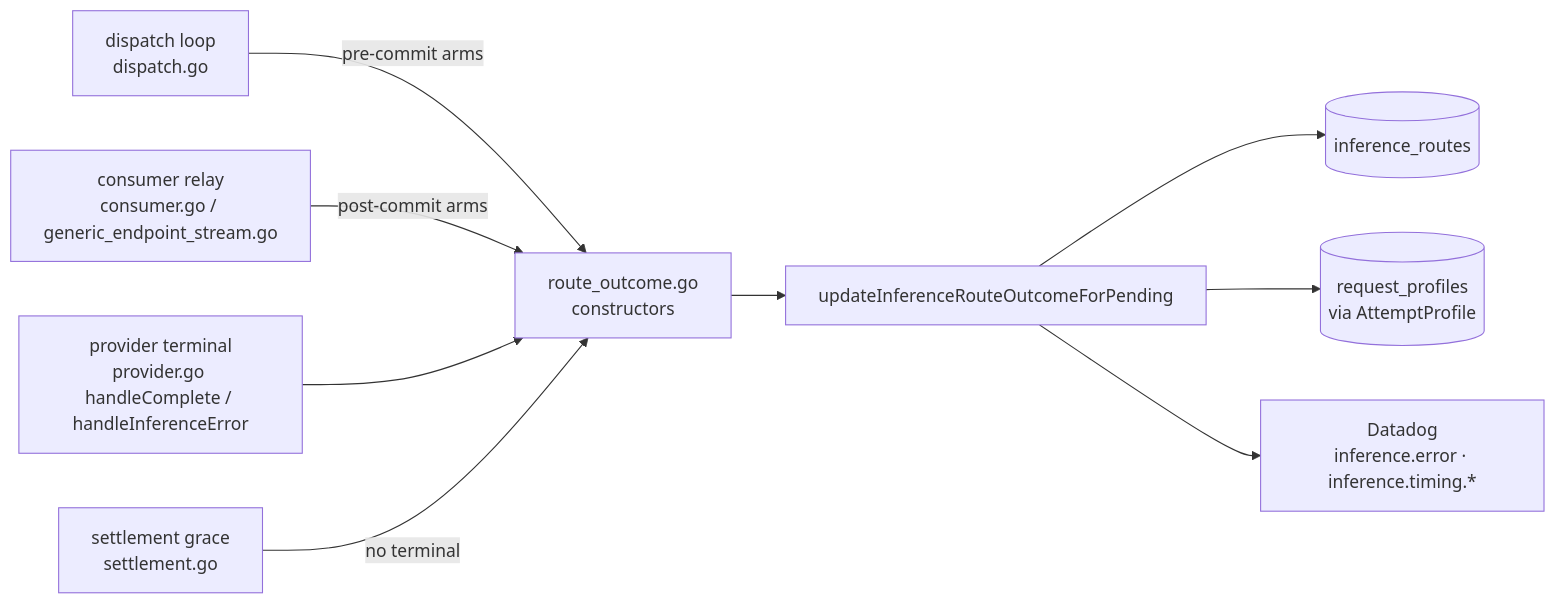
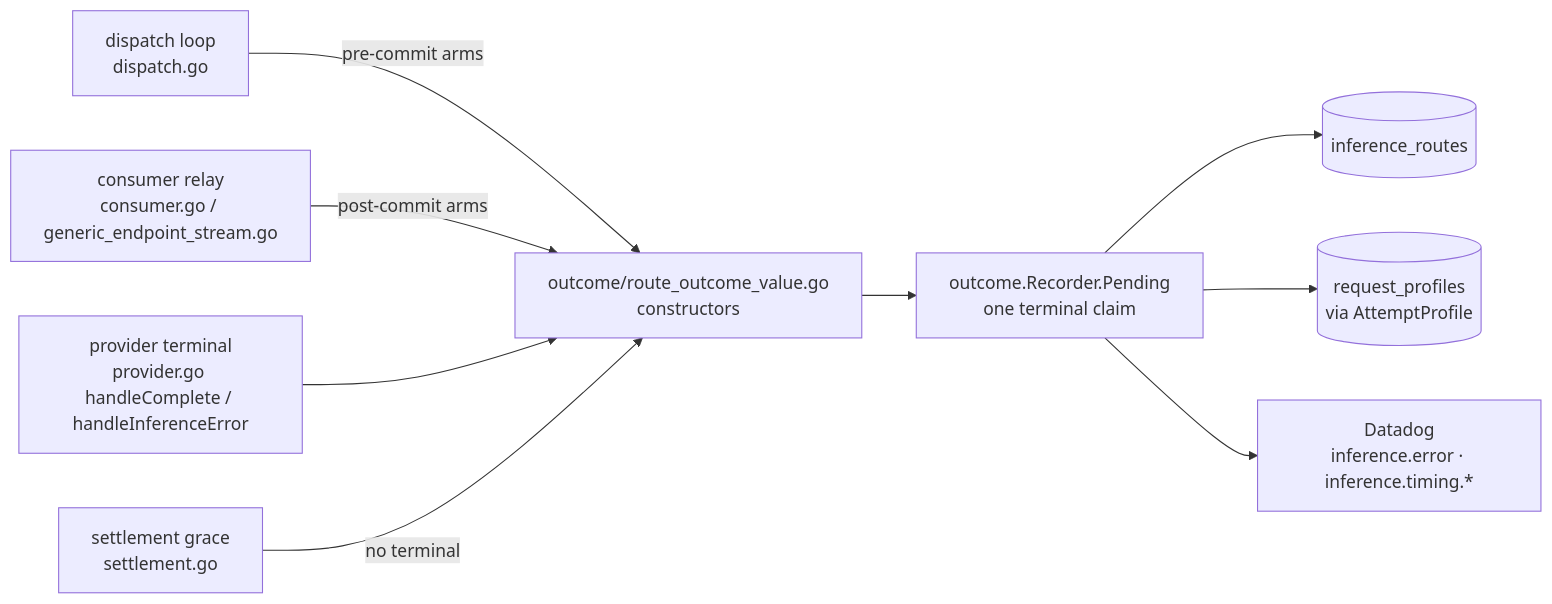
Before and after one commit to Layr-Labs/d-inference: the diagram in docs/architecture/request-outcome-observability.md, drawn with Mermaid. The commit also changed other lines of this file and 3847 other files, not shown here.

````diff
--- a/docs/architecture/request-outcome-observability.md
+++ b/docs/architecture/request-outcome-observability.md
@@ -24,11 +36,11 @@
 ```mermaid
 flowchart LR
-  A[dispatch loop<br/>dispatch.go] -->|pre-commit arms| F[route_outcome.go<br/>constructors]
+  A[dispatch loop<br/>dispatch.go] -->|pre-commit arms| F[outcome/route_outcome_value.go<br/>constructors]
   B[consumer relay<br/>consumer.go / generic_endpoint_stream.go] -->|post-commit arms| F
   C[provider terminal<br/>provider.go handleComplete / handleInferenceError] --> F
   D[settlement grace<br/>settlement.go] -->|no terminal| F
-  F --> G[updateInferenceRouteOutcomeForPending]
+  F --> G[outcome.Recorder.Pending<br/>one terminal claim]
   G --> H[(inference_routes)]
   G --> I[(request_profiles<br/>via AttemptProfile)]
   G --> J[Datadog<br/>inference.error · inference.timing.*]
 ```
````
